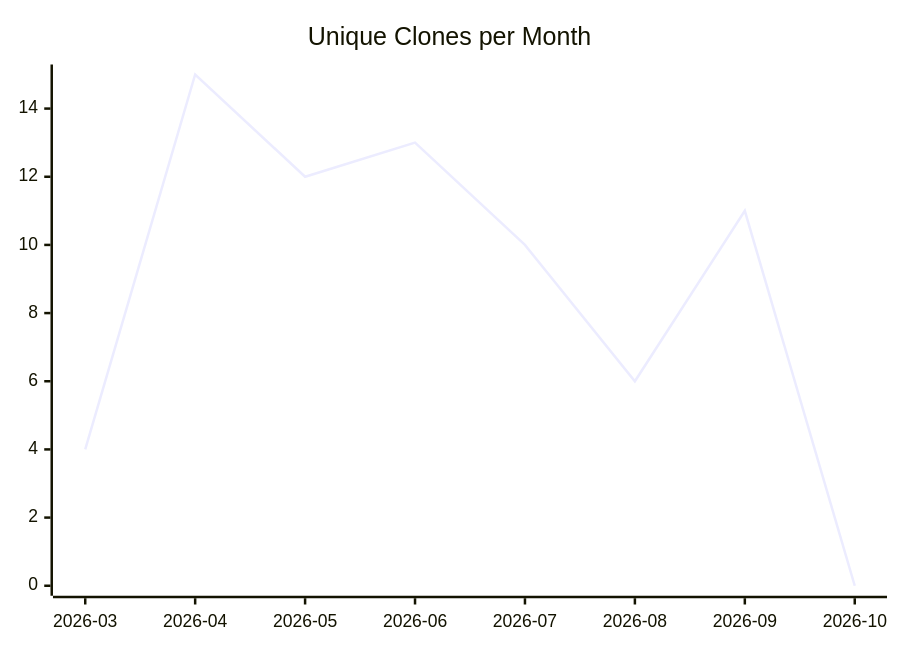
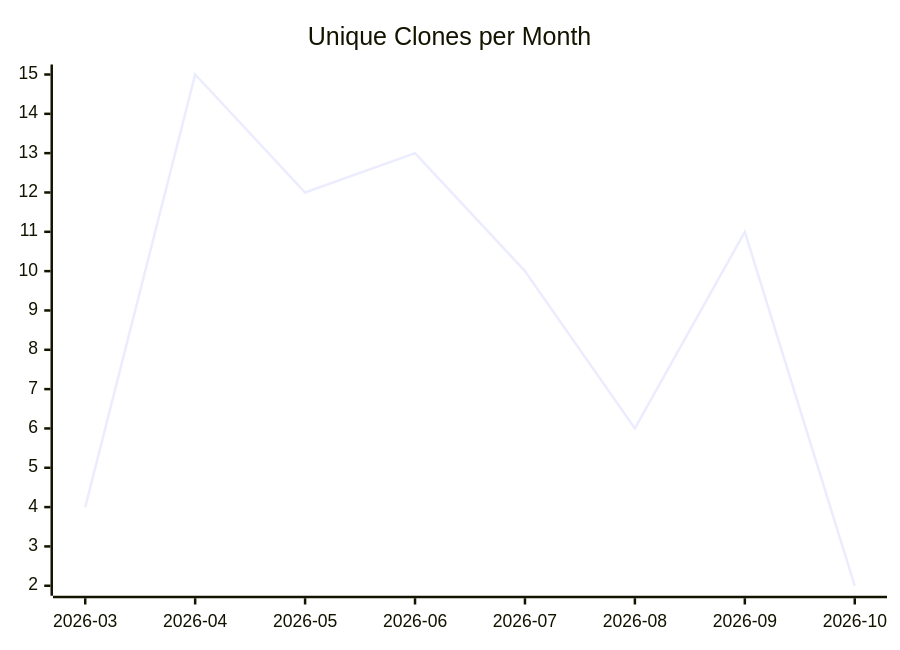
Before and after one commit to justdavis-family/github-analytics-data: the third of 3 diagrams in karlmdavis/ansible-role-bind-dns/README.md, drawn with Mermaid. The commit also changed other lines of this file and 203 other files, not shown here.

````diff
--- a/karlmdavis/ansible-role-bind-dns/README.md
+++ b/karlmdavis/ansible-role-bind-dns/README.md
@@ -19,6 +19,6 @@
 ```mermaid
 xychart-beta
   title "Unique Clones per Month"
   x-axis ["2026-03", "2026-04", "2026-05", "2026-06", "2026-07", "2026-08", "2026-09", "2026-10"]
-  line [4, 15, 12, 13, 10, 6, 11, 0]
+  line [4, 15, 12, 13, 10, 6, 11, 2]
 ```
````
